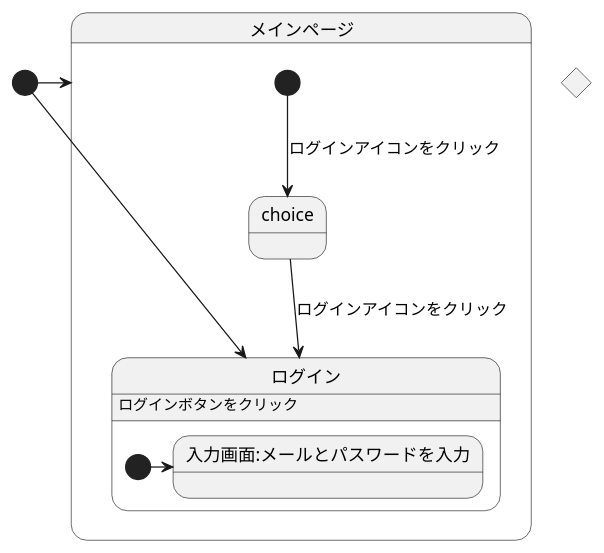
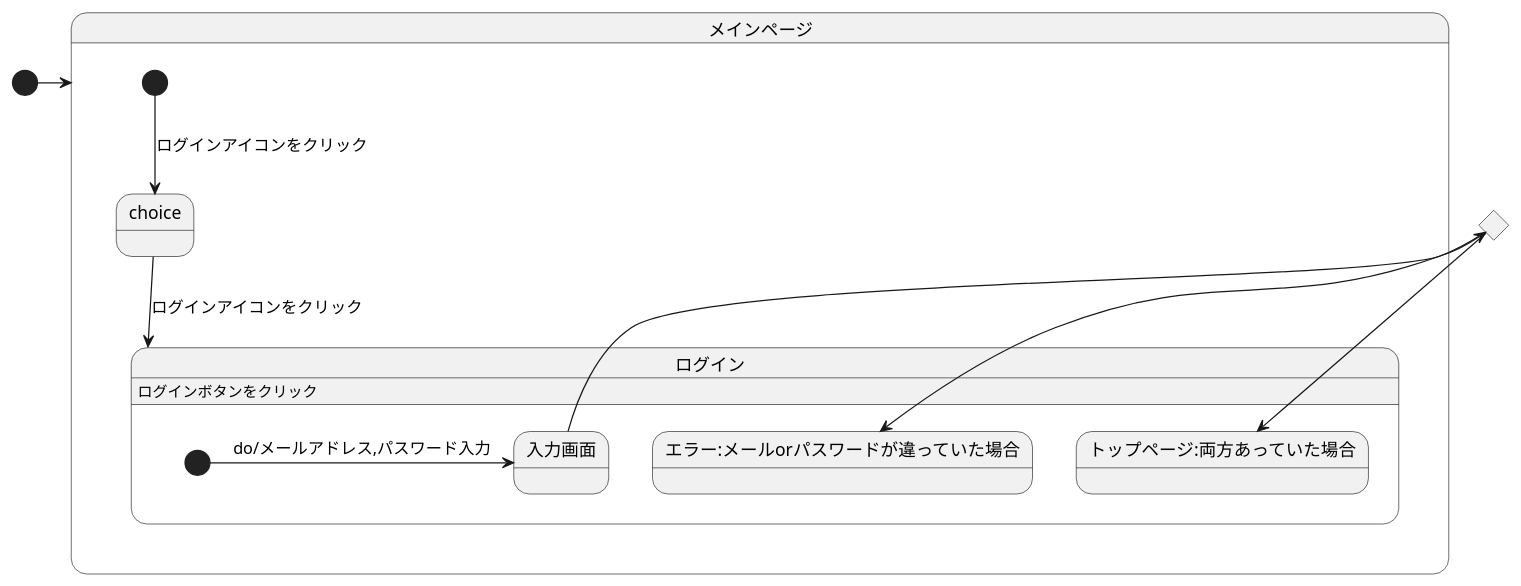
One commit to akutori/T-D-E changed the diagram in UML.md. Above: the diagram before and after it, drawn with PlantUML. The commit also changed 1 other file, not shown here.

````diff
--- a/UML.md
+++ b/UML.md
@@ -1,20 +1,22 @@
 ```uml
 @startuml
 [*]->メインページ
 state メインページ{
     [*]--> choice : ログインアイコンをクリック
     choice -->ログイン : ログインアイコンをクリック 
     ログイン:ログインボタンをクリック
 
 }
 state input <<choice>>
-[*] -> ログイン
 
 state ログイン{
-    [*]-> 入力画面:メールとパスワードを入力
+    [*]-> 入力画面:do/メールアドレス,パスワード入力
+    入力画面-->input
+    input --> エラー:メールorパスワードが違っていた場合
+    input --> トップページ:両方あっていた場合
 }
 
 
 
 @enduml
 ```
````
